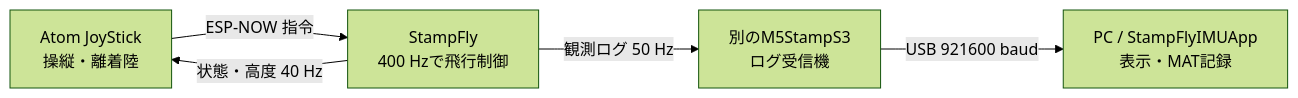
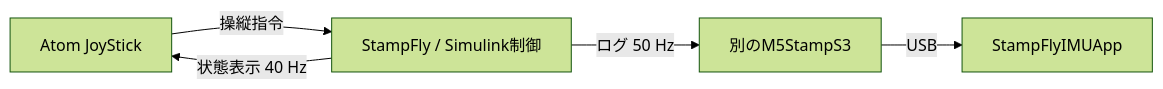
The diagram in README.md (TomoakiYasukawa/Stampfly_Flight_Lab), drawn with Mermaid (forest theme) before and after one commit. The commit also changed other lines of this file and 1145 other files, not shown here.

````diff
--- a/README.md
+++ b/README.md
@@ -42,7 +18,7 @@
 ```mermaid
 flowchart LR
-    J["Atom JoyStick<br/>操縦・離着陸"] -->|"ESP-NOW 指令"| F["StampFly<br/>400 Hzで飛行制御"]
-    F -->|"状態・高度 40 Hz"| J
-    F -->|"観測ログ 50 Hz"| R["別のM5StampS3<br/>ログ受信機"]
-    R -->|"USB 921600 baud"| P["PC / StampFlyIMUApp<br/>表示・MAT記録"]
+    J[Atom JoyStick] -->|操縦指令| F[StampFly / Simulink制御]
+    F -->|状態表示 40 Hz| J
+    F -->|ログ 50 Hz| R[別のM5StampS3]
+    R -->|USB| P[StampFlyIMUApp]
 ```
````
